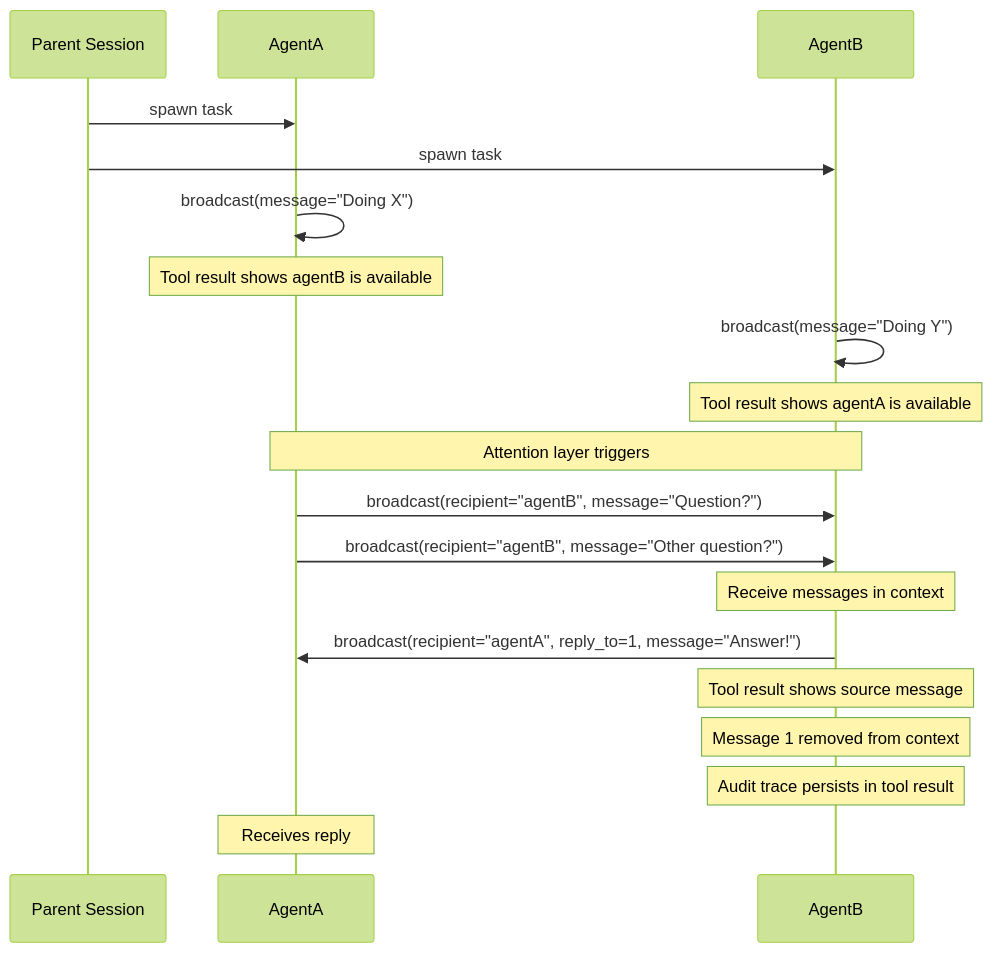
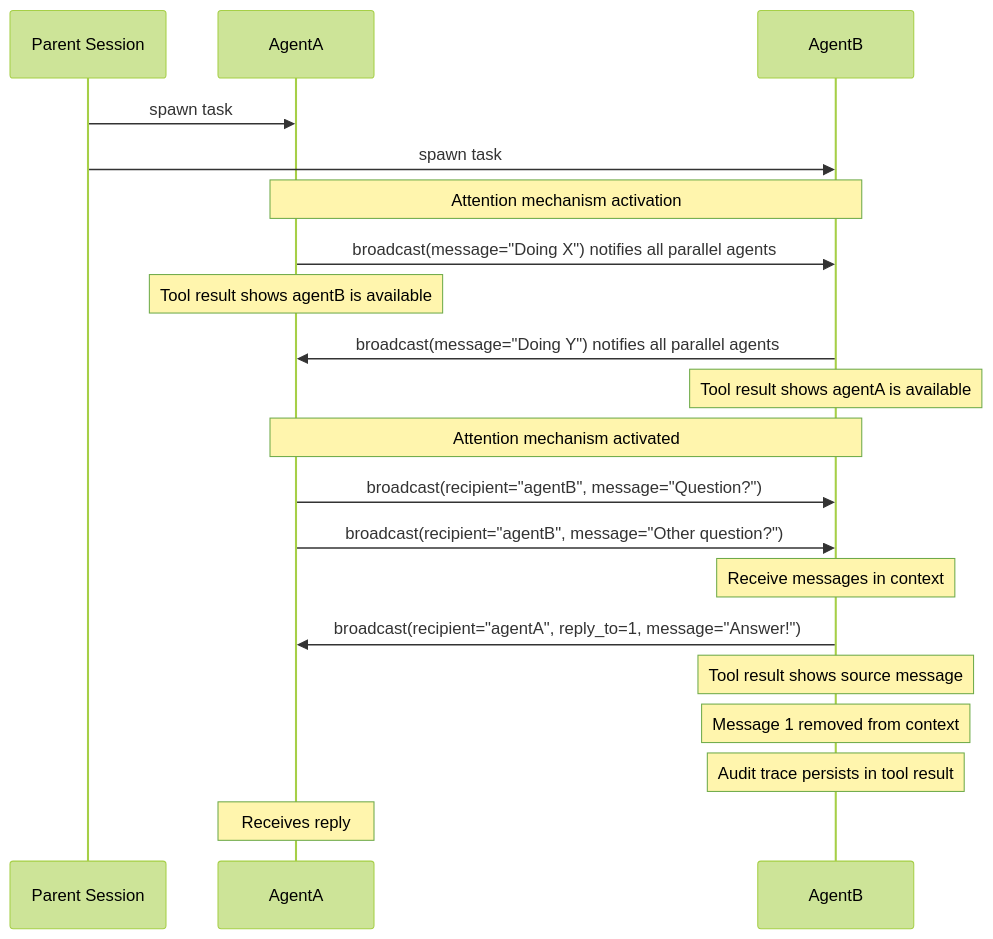
Before and after one commit to spoons-and-mirrors/iam: the diagram in README.md, drawn with Mermaid (forest theme).

Commit message:
readme
Updated the sequence diagram to clarify the broadcast mechanism and attention activation.

````diff
--- a/README.md
+++ b/README.md
@@ -11,29 +9,31 @@
 ```mermaid
 sequenceDiagram
     participant Parent as Parent Session
     participant A as AgentA
     participant B as AgentB
 
     Parent->>A: spawn task
     Parent->>B: spawn task
 
-    A->>A: broadcast(message="Doing X")
+    Note over A,B: Attention mechanism activation
+
+    A->>B: broadcast(message="Doing X") notifies all parallel agents
     Note over A: Tool result shows agentB is available
 
-    B->>B: broadcast(message="Doing Y")
+    B->>A: broadcast(message="Doing Y") notifies all parallel agents
     Note over B: Tool result shows agentA is available
 
-    Note over A,B: Attention layer triggers
+    Note over A,B: Attention mechanism activated
 
     A->>B: broadcast(recipient="agentB", message="Question?")
     A->>B: broadcast(recipient="agentB", message="Other question?")
 
     Note over B: Receive messages in context
 
     B->>A: broadcast(recipient="agentA", reply_to=1, message="Answer!")
     Note over B: Tool result shows source message
     Note over B: Message 1 removed from context
     Note over B: Audit trace persists in tool result
 
     Note over A: Receives reply
 ```
````
